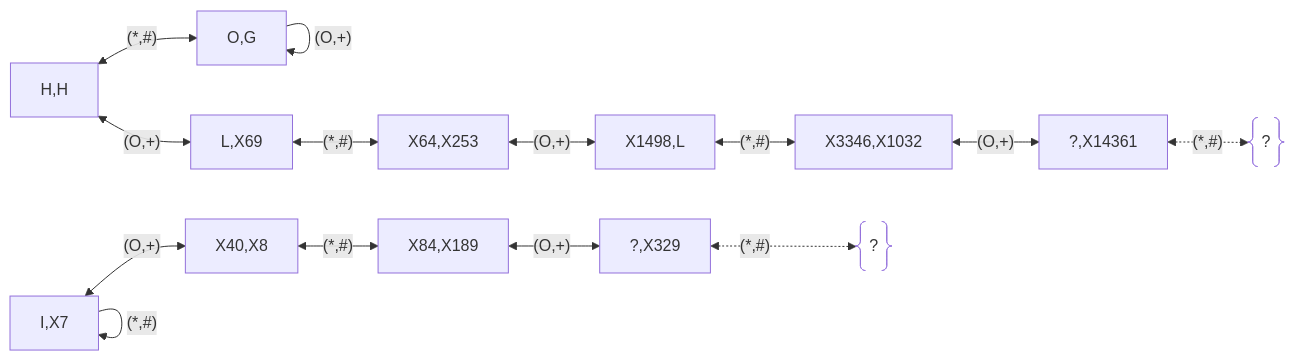
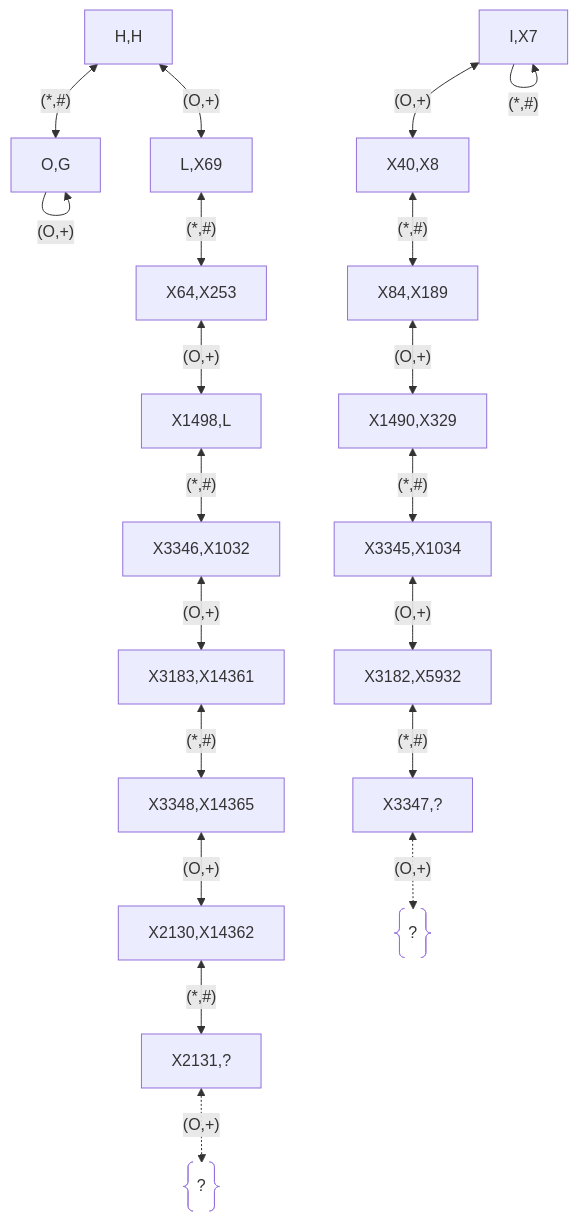
Before and after one commit to gcm256/geometry: the diagram in triangle-formulas.md, drawn with Mermaid. The commit also changed other lines of this file, not shown here.

Commit message:
Update triangle-formulas.md: Added more PC-Points.

````diff
--- a/triangle-formulas.md
+++ b/triangle-formulas.md
@@ -153,19 +153,25 @@
 ```mermaid
-graph LR;
+graph TB;
     H[H,H]<--"(*,#)"-->O[O,G];
     %%O--"(O,+)"-->TO@{ shape: framed-circle, label: "Stop" };
     O--"(O,+)"-->O;
     H<--"(O,+)"-->L[L,X69];
     L<--"(*,#)"-->X64[X64,X253];
     %%I[I,X7]<--"(*,#)"-->TI@{ shape: framed-circle, label: "Stop" };
     
     I[I,X7]<--"(O,+)"-->X40[X40,X8];
     I--"(*,#)"-->I;
     X40<--"(*,#)"-->X84[X84,X189];
-    X84<--"(O,+)"-->xx2[?,X329];
-    xx2<-."(*,#)".->q2@{ shape: braces, label: "?" };
+    X84<--"(O,+)"-->X1490[X1490,X329];
+    X1490<--"(*,#)"-->X3345[X3345,X1034];
+    X3345<--"(O,+)"-->X3182[X3182,X5932];
+    X3182<--"(*,#)"-->X3347[X3347,?];
+    X3347<-."(O,+)".->q2@{ shape: braces, label: "?" };
     X64<--"(O,+)"-->X1498[X1498,L];
     X1498<--"(*,#)"-->X3346[X3346,X1032];
-    X3346<--"(O,+)"-->xx1[?,X14361];
-    xx1<-."(*,#)".->q1@{ shape: braces, label: "?" };
+    X3346<--"(O,+)"-->X3183[X3183,X14361];
+    X3183<--"(*,#)"-->X3348[X3348,X14365];
+    X3348<--"(O,+)"-->X2130[X2130,X14362];
+    X2130<--"(*,#)"-->X2131[X2131,?];
+    X2131<-."(O,+)".->q1@{ shape: braces, label: "?" };
 ```
````
